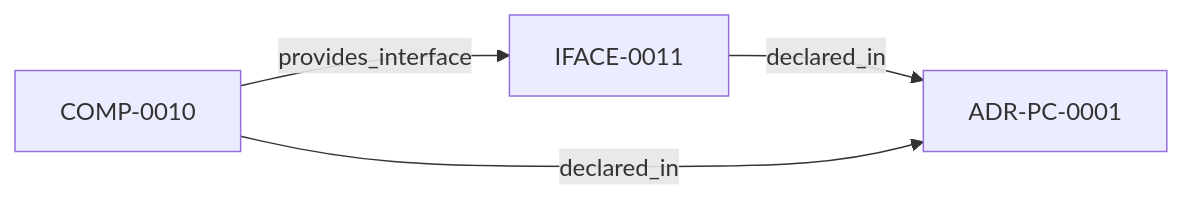
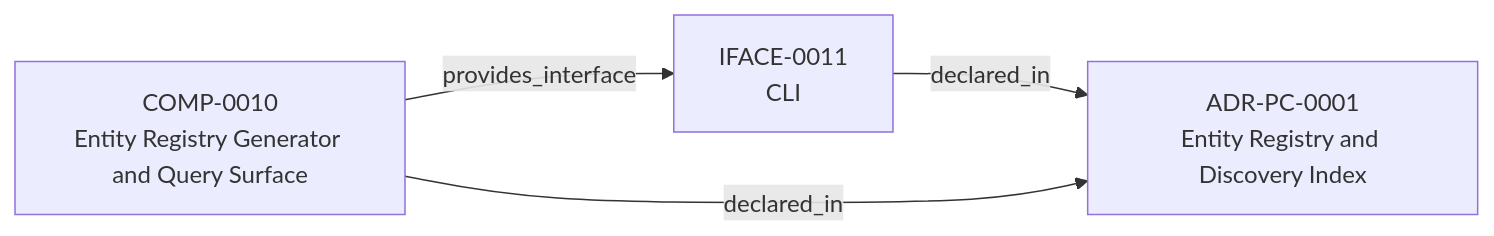
Before and after one commit to egallmann/adr-architecture-kit: the third of 3 diagrams in adrs/adr-projection/physical-system/ADR-PS-0001-adr-architecture-kit-discovery-and-indexing-system.md, drawn with Mermaid. The commit also changed other lines of this file and 35 other files, not shown here.

````diff
--- a/adrs/adr-projection/physical-system/ADR-PS-0001-adr-architecture-kit-discovery-and-indexing-system.md
+++ b/adrs/adr-projection/physical-system/ADR-PS-0001-adr-architecture-kit-discovery-and-indexing-system.md
@@ -53,9 +53,9 @@
 ```mermaid
 flowchart LR
-  n_019fee89_e617_70e7_bb17_27b693ad01a8["IFACE-0011"]
-  n_019fee89_e617_7270_ab2f_58a756d2530e["ADR-PC-0001"]
-  n_019fee89_e617_76d8_a333_e21361cd6602["COMP-0010"]
+  n_019fee89_e617_70e7_bb17_27b693ad01a8["IFACE-0011<br/>CLI"]
+  n_019fee89_e617_7270_ab2f_58a756d2530e["ADR-PC-0001<br/>Entity Registry and Discovery Index"]
+  n_019fee89_e617_76d8_a333_e21361cd6602["COMP-0010<br/>Entity Registry Generator and Query Surface"]
   n_019fee89_e617_70e7_bb17_27b693ad01a8 -->|"declared_in"| n_019fee89_e617_7270_ab2f_58a756d2530e
   n_019fee89_e617_76d8_a333_e21361cd6602 -->|"declared_in"| n_019fee89_e617_7270_ab2f_58a756d2530e
   n_019fee89_e617_76d8_a333_e21361cd6602 -->|"provides_interface"| n_019fee89_e617_70e7_bb17_27b693ad01a8
 ```
````
